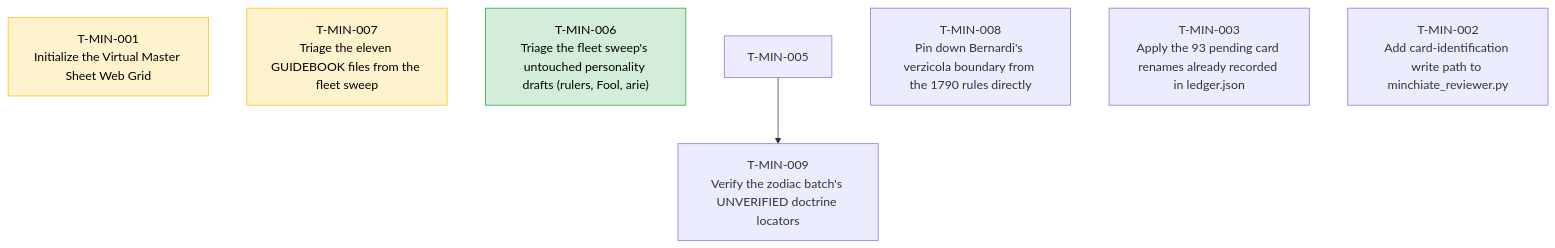
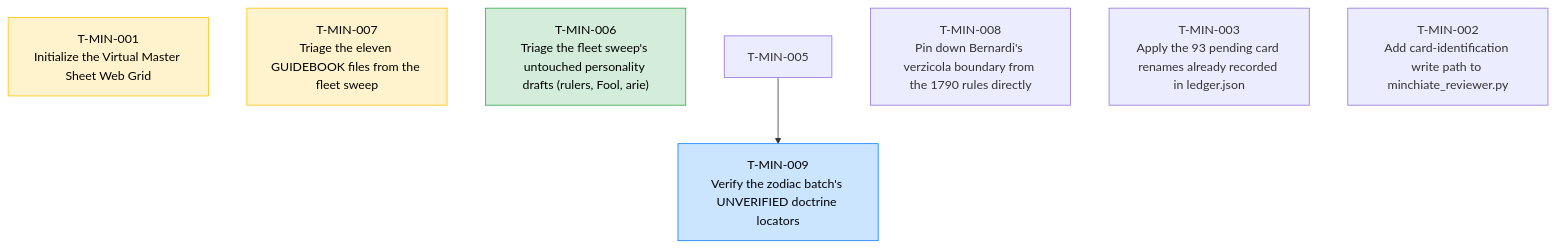
One commit to wgmilleriii/task_coordinator changed the diagram in TASKS.md. Above: the diagram before and after it, drawn with Mermaid. The commit also changed other lines of this file and 1 other file, not shown here.

Commit message:
T-MIN-009: claim by Worker-F9

````diff
--- a/TASKS.md
+++ b/TASKS.md
@@ -7,15 +7,15 @@
 ```mermaid
 graph TD
     classDef done fill:#d4edda,stroke:#28a745,color:#000;
     classDef blocked fill:#f8d7da,stroke:#dc3545,color:#000;
     classDef review fill:#fff3cd,stroke:#ffc107,color:#000;
     classDef active fill:#cce5ff,stroke:#007bff,color:#000;
     T-MIN-001["T-MIN-001<br/>Initialize the Virtual Master Sheet Web Grid"]:::review
     T-MIN-007["T-MIN-007<br/>Triage the eleven GUIDEBOOK files from the fleet sweep"]:::review
     T-MIN-006["T-MIN-006<br/>Triage the fleet sweep's untouched personality drafts (rulers, Fool, arie)"]:::done
-    T-MIN-009["T-MIN-009<br/>Verify the zodiac batch's UNVERIFIED doctrine locators"]
+    T-MIN-009["T-MIN-009<br/>Verify the zodiac batch's UNVERIFIED doctrine locators"]:::active
     T-MIN-005 --> T-MIN-009
     T-MIN-008["T-MIN-008<br/>Pin down Bernardi's verzicola boundary from the 1790 rules directly"]
     T-MIN-003["T-MIN-003<br/>Apply the 93 pending card renames already recorded in ledger.json"]
     T-MIN-002["T-MIN-002<br/>Add card-identification write path to minchiate_reviewer.py"]
 ```
````
